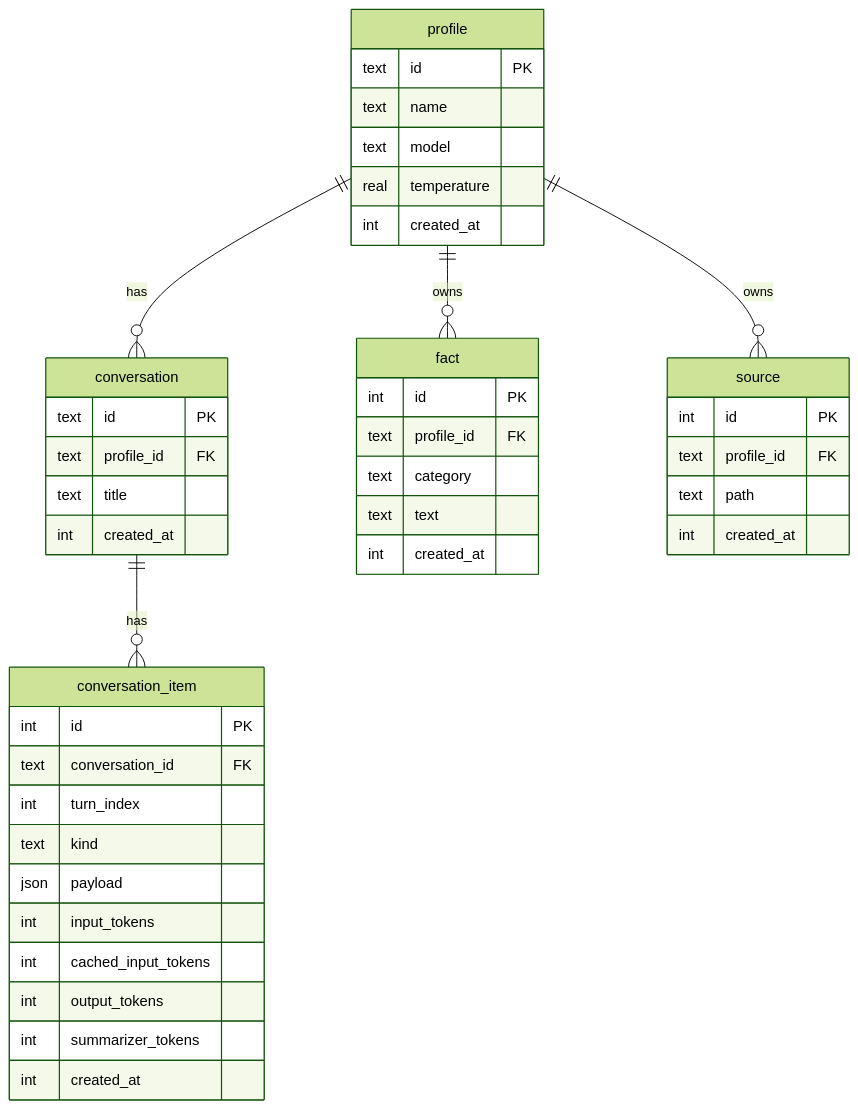
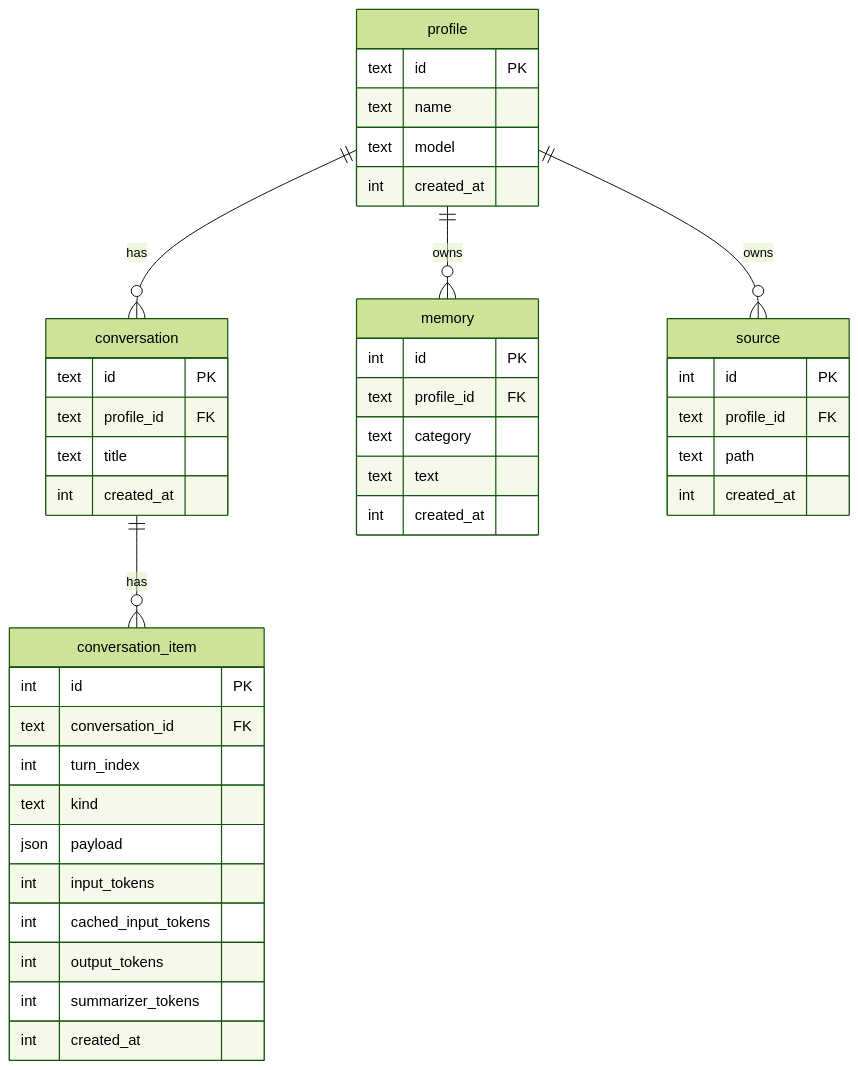
One commit to dwojno/chat-tui-llm changed the second of 2 diagrams in docs/database.md. Above: the diagram before and after it, drawn with Mermaid (forest theme). The commit also changed other lines of this file and 3 other files, not shown here.

````diff
--- a/docs/database.md
+++ b/docs/database.md
@@ -132,50 +132,49 @@
 ```mermaid
 erDiagram
   profile ||--o{ conversation : has
-  profile ||--o{ fact : owns
+  profile ||--o{ memory : owns
   profile ||--o{ source : owns
   conversation ||--o{ conversation_item : has
 
   profile {
     text id PK
     text name
     text model
-    real temperature
     int created_at
   }
 
   conversation {
     text id PK
     text profile_id FK
     text title
     int created_at
   }
 
-  fact {
+  memory {
     int id PK
     text profile_id FK
     text category
     text text
     int created_at
   }
 
   source {
     int id PK
     text profile_id FK
     text path
     int created_at
   }
 
   conversation_item {
     int id PK
     text conversation_id FK
     int turn_index
     text kind
     json payload
     int input_tokens
     int cached_input_tokens
     int output_tokens
     int summarizer_tokens
     int created_at
   }
 ```
````
